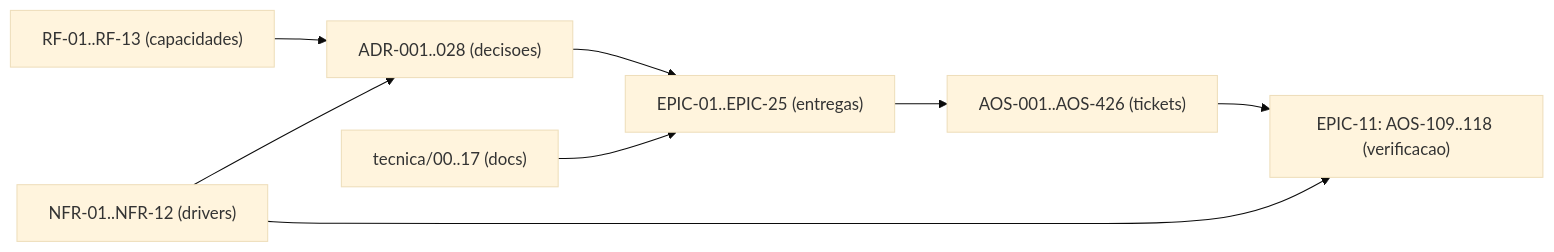
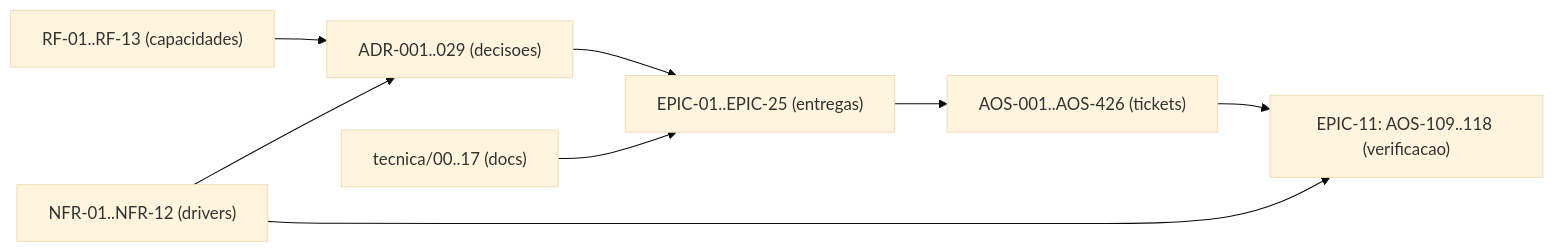
The diagram in tecnica/16_Rastreabilidade_RTM.md (albinoJimy/aos), drawn with Mermaid (base theme) before and after one commit. The commit also changed other lines of this file and 9 other files, not shown here.

````diff
--- a/tecnica/16_Rastreabilidade_RTM.md
+++ b/tecnica/16_Rastreabilidade_RTM.md
@@ -188,10 +190,10 @@
 ```mermaid
 flowchart LR
-    RF["RF-01..RF-13 (capacidades)"] --> ADR["ADR-001..028 (decisoes)"]
+    RF["RF-01..RF-13 (capacidades)"] --> ADR["ADR-001..029 (decisoes)"]
     NFR["NFR-01..NFR-12 (drivers)"] --> ADR
     ADR --> EPIC["EPIC-01..EPIC-25 (entregas)"]
     EPIC --> TICK["AOS-001..AOS-426 (tickets)"]
     DOC["tecnica/00..17 (docs)"] --> EPIC
     TICK --> TEST["EPIC-11: AOS-109..118 (verificacao)"]
     NFR --> TEST
 ```
````
